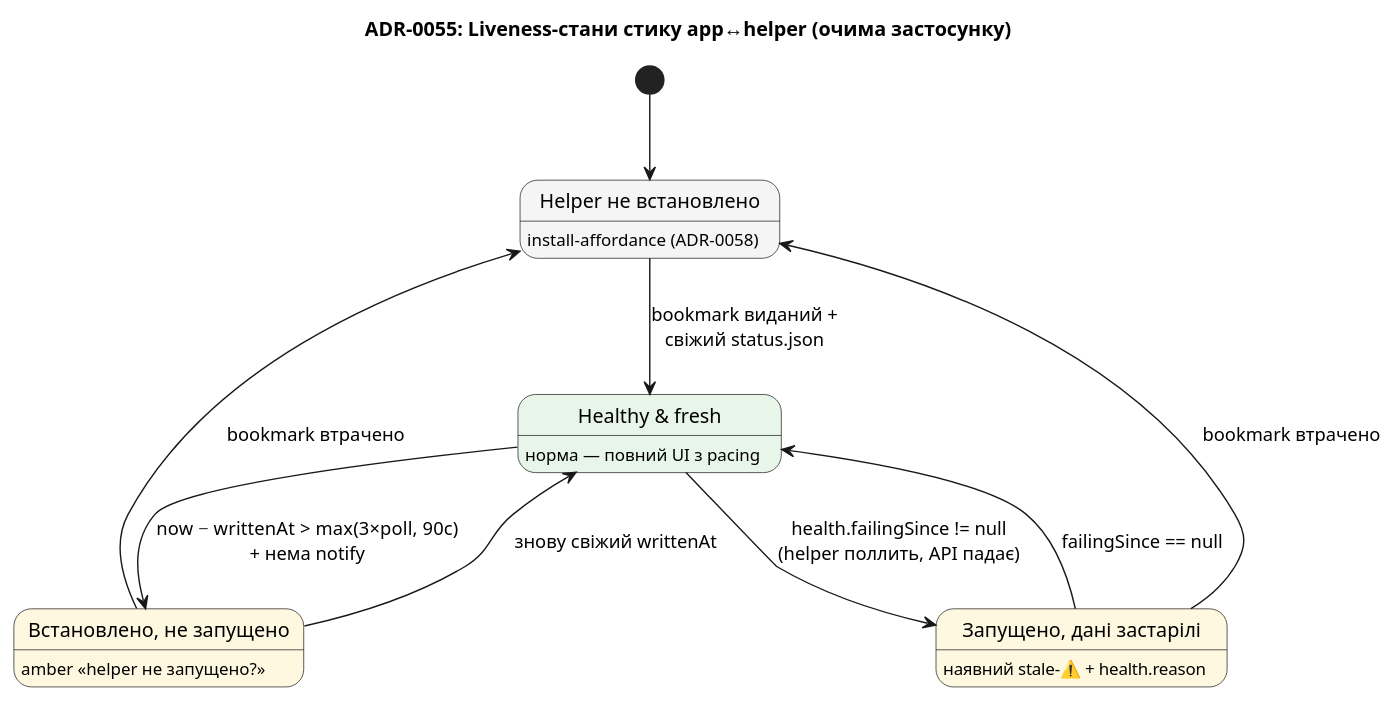
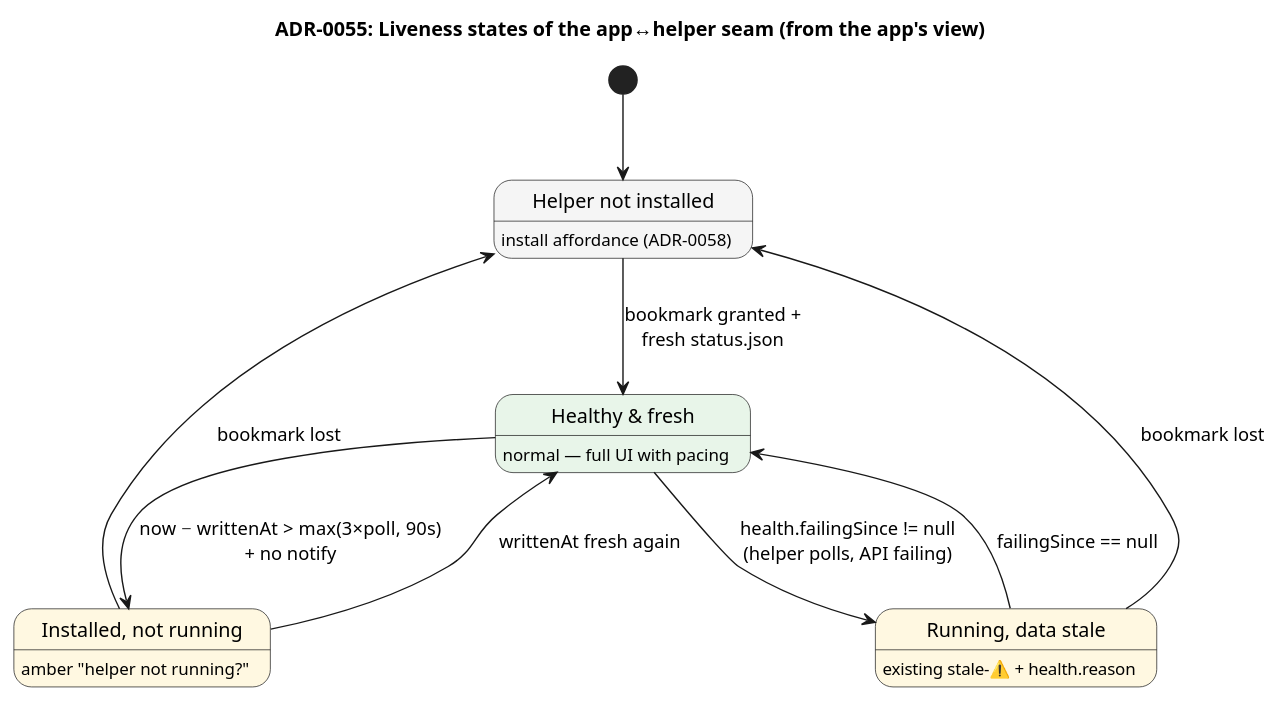
The second of 2 diagrams in docs/adr/0055-ipc-file-darwin-bookmark.md (artem-from-ua/tokenpace), drawn with PlantUML before and after one commit. The commit also changed other lines of this file and 116 other files, not shown here.

````diff
--- a/docs/adr/0055-ipc-file-darwin-bookmark.md
+++ b/docs/adr/0055-ipc-file-darwin-bookmark.md
@@ -93,24 +94,24 @@
 ```plantuml
 @startuml
-title ADR-0055: Liveness-стани стику app↔helper (очима застосунку)
-[*] --> HelperНеВстановлено
+title ADR-0055: Liveness states of the app↔helper seam (from the app's view)
+[*] --> HelperNotInstalled
 
-state "Helper не встановлено" as HelperНеВстановлено #F5F5F5
-state "Встановлено, не запущено" as НеЗапущено #FFF8E1
-state "Запущено, дані застарілі" as Застарілі #FFF8E1
+state "Helper not installed" as HelperNotInstalled #F5F5F5
+state "Installed, not running" as NotRunning #FFF8E1
+state "Running, data stale" as Stale #FFF8E1
 state "Healthy & fresh" as Fresh #E8F5E9
 
-HelperНеВстановлено --> Fresh : bookmark виданий +\nсвіжий status.json
-Fresh --> Застарілі : health.failingSince != null\n(helper поллить, API падає)
-Fresh --> НеЗапущено : now − writtenAt > max(3×poll, 90с)\n+ нема notify
-НеЗапущено --> Fresh : знову свіжий writtenAt
-Застарілі --> Fresh : failingSince == null
-НеЗапущено --> HelperНеВстановлено : bookmark втрачено
-Застарілі --> HelperНеВстановлено : bookmark втрачено
+HelperNotInstalled --> Fresh : bookmark granted +\nfresh status.json
+Fresh --> Stale : health.failingSince != null\n(helper polls, API failing)
+Fresh --> NotRunning : now − writtenAt > max(3×poll, 90s)\n+ no notify
+NotRunning --> Fresh : writtenAt fresh again
+Stale --> Fresh : failingSince == null
+NotRunning --> HelperNotInstalled : bookmark lost
+Stale --> HelperNotInstalled : bookmark lost
 
-Fresh : норма — повний UI з pacing
-Застарілі : наявний stale-⚠️ + health.reason
-НеЗапущено : amber «helper не запущено?»
-HelperНеВстановлено : install-affordance (ADR-0058)
+Fresh : normal — full UI with pacing
+Stale : existing stale-⚠️ + health.reason
+NotRunning : amber "helper not running?"
+HelperNotInstalled : install affordance (ADR-0058)
 @enduml
 ```
````
